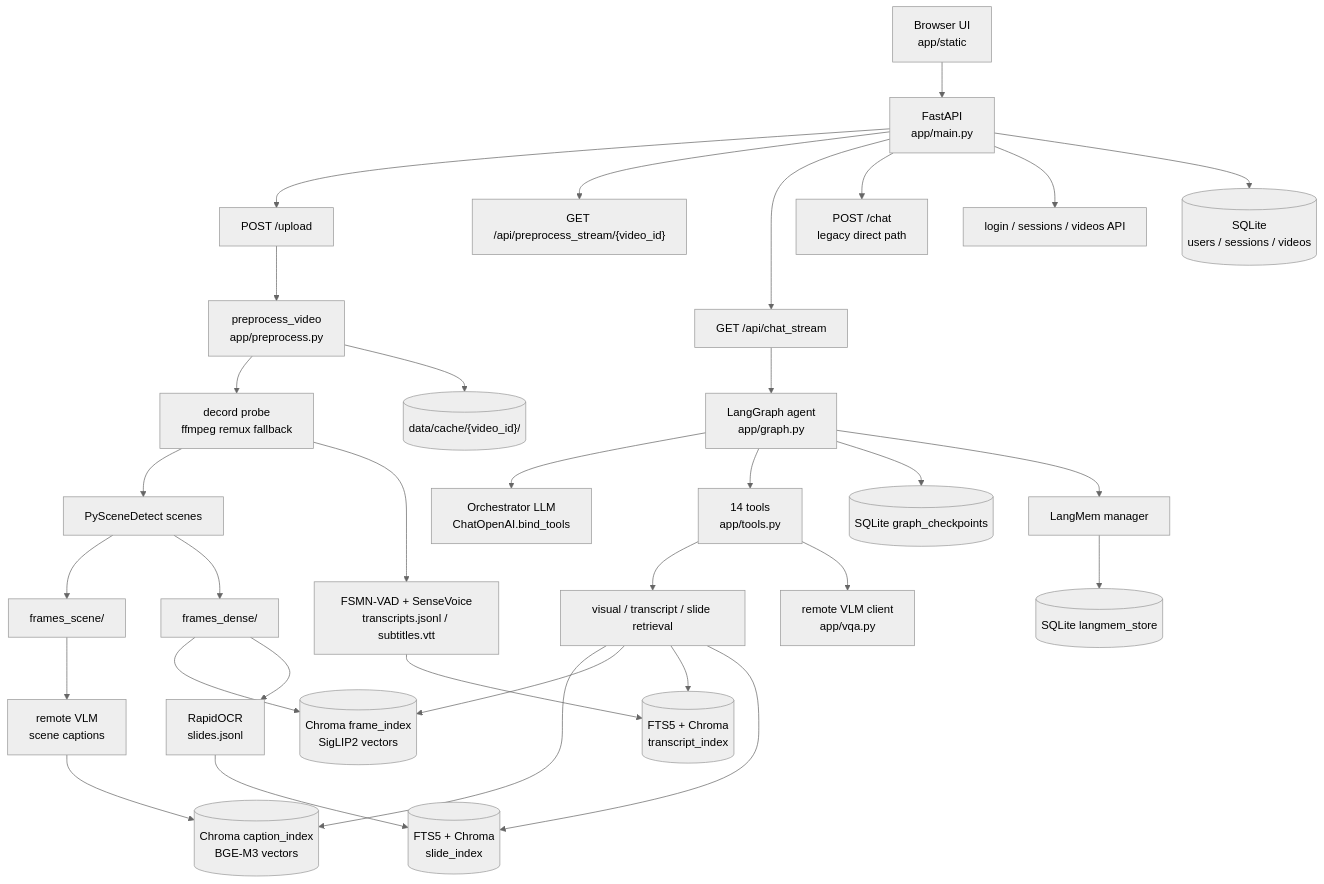
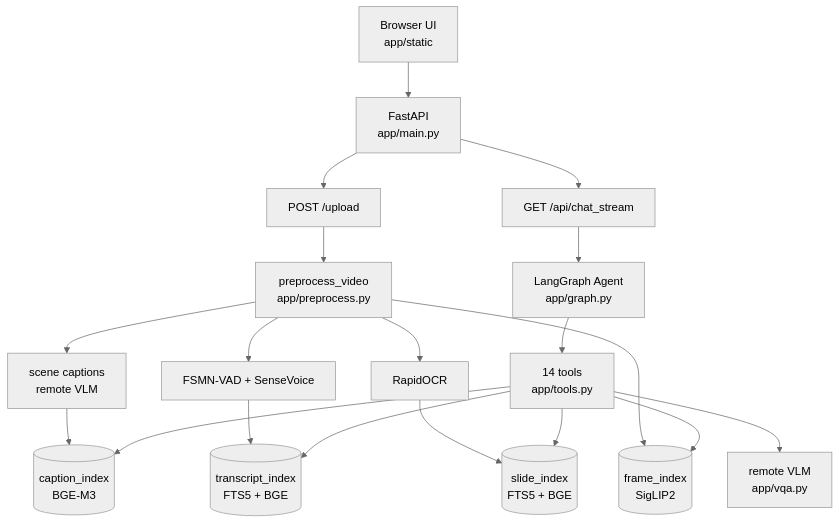
One commit to MichaelSou1/Mr-Big-Eye changed the diagram in README.md. Above: the diagram before and after it, drawn with Mermaid (neutral theme). The commit also changed other lines of this file and 22 other files, not shown here.

````diff
--- a/README.md
+++ b/README.md
@@ -85,38 +451,21 @@
 ```mermaid
 flowchart TB
     UI["Browser UI<br/>app/static"] --> API["FastAPI<br/>app/main.py"]
-
     API --> Upload["POST /upload"]
-    API --> PreSSE["GET /api/preprocess_stream/{video_id}"]
     API --> ChatSSE["GET /api/chat_stream"]
-    API --> DirectChat["POST /chat<br/>legacy direct path"]
-    API --> SessionAPI["login / sessions / videos API"]
-    API --> DB[("SQLite<br/>users / sessions / videos")]
-
     Upload --> Pre["preprocess_video<br/>app/preprocess.py"]
-    Pre --> Probe["decord probe<br/>ffmpeg remux fallback"]
-    Probe --> Scene["PySceneDetect scenes"]
-    Scene --> SceneFrames["frames_scene/"]
-    Scene --> DenseFrames["frames_dense/"]
-    SceneFrames --> CaptionVLM["remote VLM<br/>scene captions"]
-    CaptionVLM --> CaptionIndex[("Chroma caption_index<br/>BGE-M3 vectors")]
-    DenseFrames --> FrameIndex[("Chroma frame_index<br/>SigLIP2 vectors")]
-    Probe --> ASR["FSMN-VAD + SenseVoice<br/>transcripts.jsonl / subtitles.vtt"]
-    ASR --> TextIndex1[("FTS5 + Chroma<br/>transcript_index")]
-    DenseFrames --> OCR["RapidOCR<br/>slides.jsonl"]
-    OCR --> TextIndex2[("FTS5 + Chroma<br/>slide_index")]
-    Pre --> Cache[("data/cache/{video_id}/")]
-
-    ChatSSE --> Graph["LangGraph agent<br/>app/graph.py"]
-    Graph --> Orch["Orchestrator LLM<br/>ChatOpenAI.bind_tools"]
+    Pre --> Caption["scene captions<br/>remote VLM"]
+    Pre --> ASR["FSMN-VAD + SenseVoice"]
+    Pre --> OCR["RapidOCR"]
+    Caption --> CIDX[("caption_index<br/>BGE-M3")]
+    Pre --> FIDX[("frame_index<br/>SigLIP2")]
+    ASR --> TIDX[("transcript_index<br/>FTS5 + BGE")]
+    OCR --> SIDX[("slide_index<br/>FTS5 + BGE")]
+    ChatSSE --> Graph["LangGraph Agent<br/>app/graph.py"]
     Graph --> Tools["14 tools<br/>app/tools.py"]
-    Tools --> Retrieval["visual / transcript / slide retrieval"]
-    Retrieval --> CaptionIndex
-    Retrieval --> FrameIndex
-    Retrieval --> TextIndex1
-    Retrieval --> TextIndex2
-    Tools --> VQA["remote VLM client<br/>app/vqa.py"]
-    Graph --> CKPT[("SQLite graph_checkpoints")]
-    Graph --> MEM["LangMem manager"]
-    MEM --> MEMDB[("SQLite langmem_store")]
+    Tools --> CIDX
+    Tools --> FIDX
+    Tools --> TIDX
+    Tools --> SIDX
+    Tools --> VLM["remote VLM<br/>app/vqa.py"]
 ```
````
